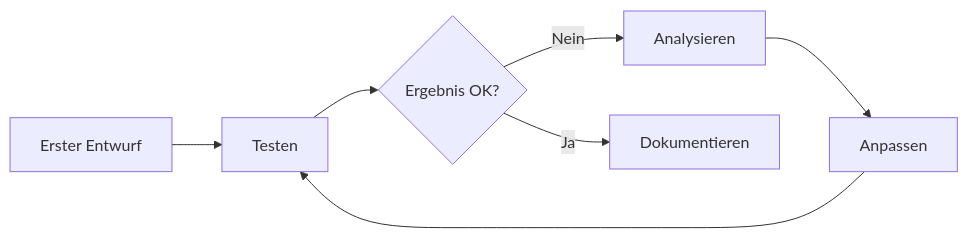
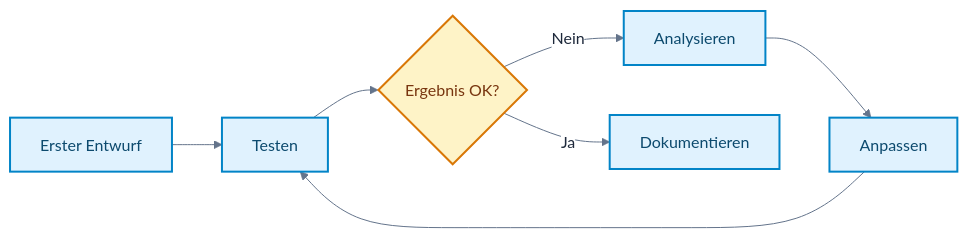
The diagram in docs/05-prompting-rag/prompt-engineering.md (ralf-42/GenAI), drawn with Mermaid before and after one commit. The commit also changed 25 other files, not shown here.

````diff
--- a/docs/05-prompting-rag/prompt-engineering.md
+++ b/docs/05-prompting-rag/prompt-engineering.md
@@ -427,9 +427,31 @@
 ```mermaid
+---
+config:
+  theme: base
+  look: classic
+  themeVariables:
+    primaryColor: '#e0f2fe'
+    primaryBorderColor: '#0284c7'
+    primaryTextColor: '#1e293b'
+    lineColor: '#64748b'
+    clusterBkg: '#f8fafc'
+    clusterBorder: '#cbd5e1'
+    noteBkgColor: '#fef3c7'
+    noteBorderColor: '#d97706'
+    noteTextColor: '#78350f'
+    edgeLabelBackground: '#ffffff'
+---
+
 flowchart LR
     A[Erster Entwurf] --> B[Testen]
     B --> C{Ergebnis OK?}
     C -->|Nein| D[Analysieren]
     D --> E[Anpassen]
     E --> B
     C -->|Ja| F[Dokumentieren]
+
+%% Funktionsfarben nach Mermaid_Best_Practices.md
+classDef default fill:#e0f2fe,stroke:#0284c7,stroke-width:2px,color:#0c4a6e;
+classDef metric fill:#fef3c7,stroke:#d97706,stroke-width:2px,color:#78350f;
+class C metric;
 ```
````
